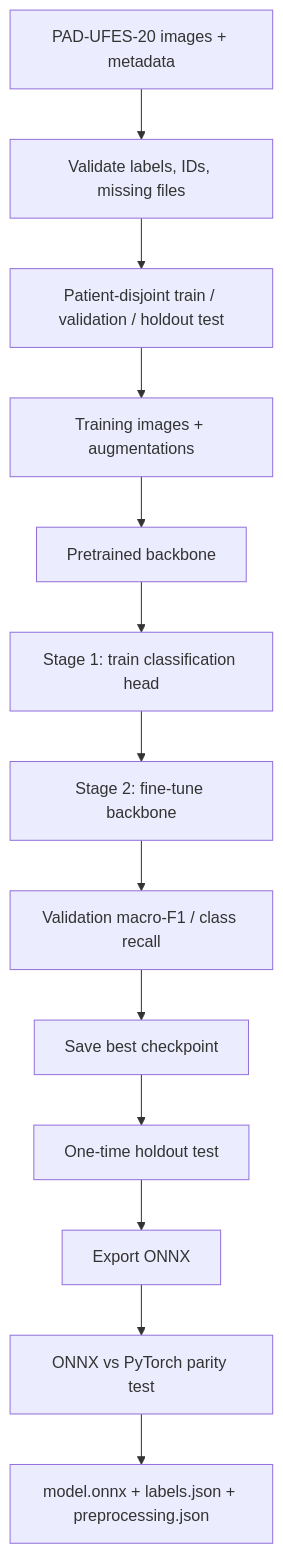
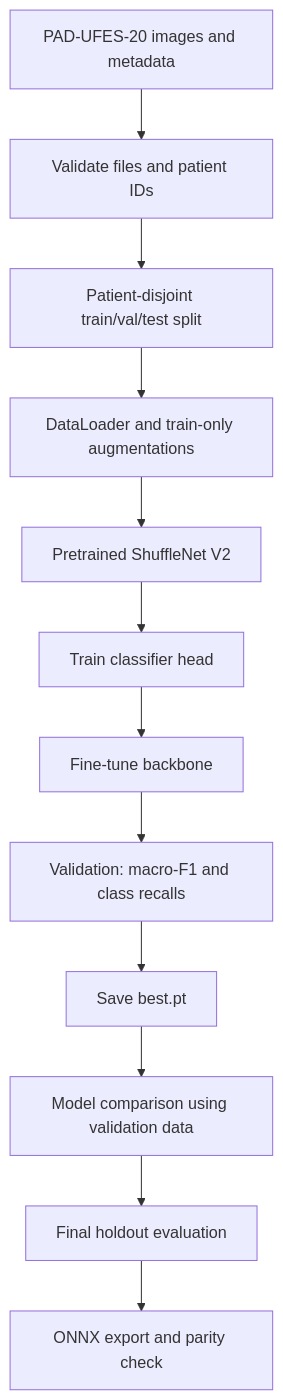
One commit to Liex2810/lesioscan-ml changed the diagram in README.md. Above: the diagram before and after it, drawn with Mermaid. The commit also changed other lines of this file, not shown here.

````diff
--- a/README.md
+++ b/README.md
@@ -9,15 +25,14 @@
 ```mermaid
 flowchart TD
-  A[PAD-UFES-20 images + metadata] --> B[Validate labels, IDs, missing files]
-  B --> C[Patient-disjoint train / validation / holdout test]
-  C --> D[Training images + augmentations]
-  D --> E[Pretrained backbone]
-  E --> F[Stage 1: train classification head]
-  F --> G[Stage 2: fine-tune backbone]
-  G --> H[Validation macro-F1 / class recall]
-  H --> I[Save best checkpoint]
-  I --> J[One-time holdout test]
-  J --> K[Export ONNX]
-  K --> L[ONNX vs PyTorch parity test]
-  L --> M[model.onnx + labels.json + preprocessing.json]
+    A[PAD-UFES-20 images and metadata] --> B[Validate files and patient IDs]
+    B --> C[Patient-disjoint train/val/test split]
+    C --> D[DataLoader and train-only augmentations]
+    D --> E[Pretrained ShuffleNet V2]
+    E --> F[Train classifier head]
+    F --> G[Fine-tune backbone]
+    G --> H[Validation: macro-F1 and class recalls]
+    H --> I[Save best.pt]
+    I --> J[Model comparison using validation data]
+    J --> K[Final holdout evaluation]
+    K --> L[ONNX export and parity check]
 ```
````
